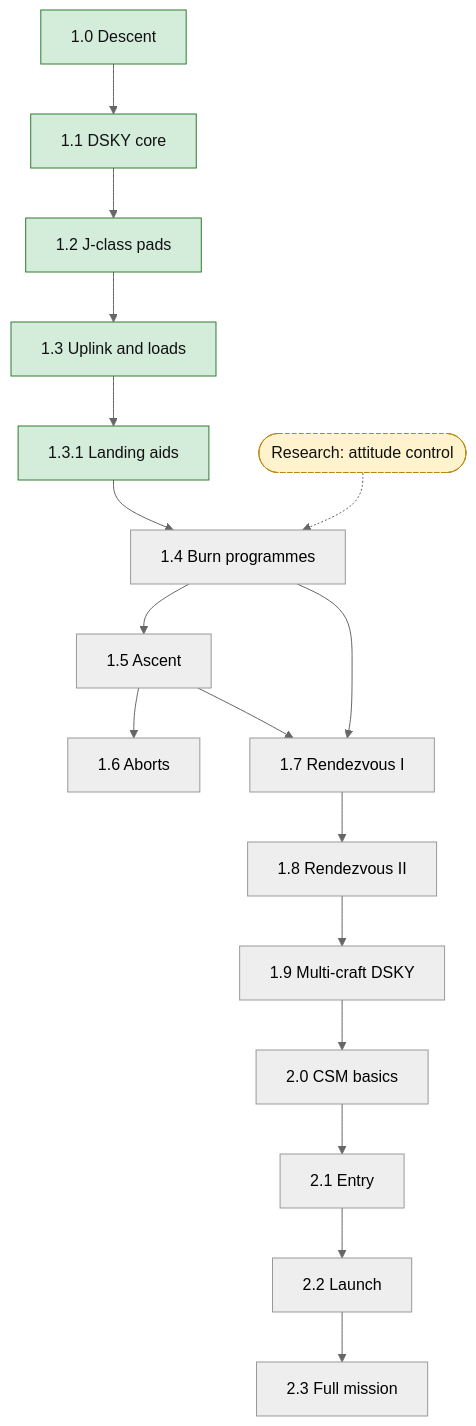
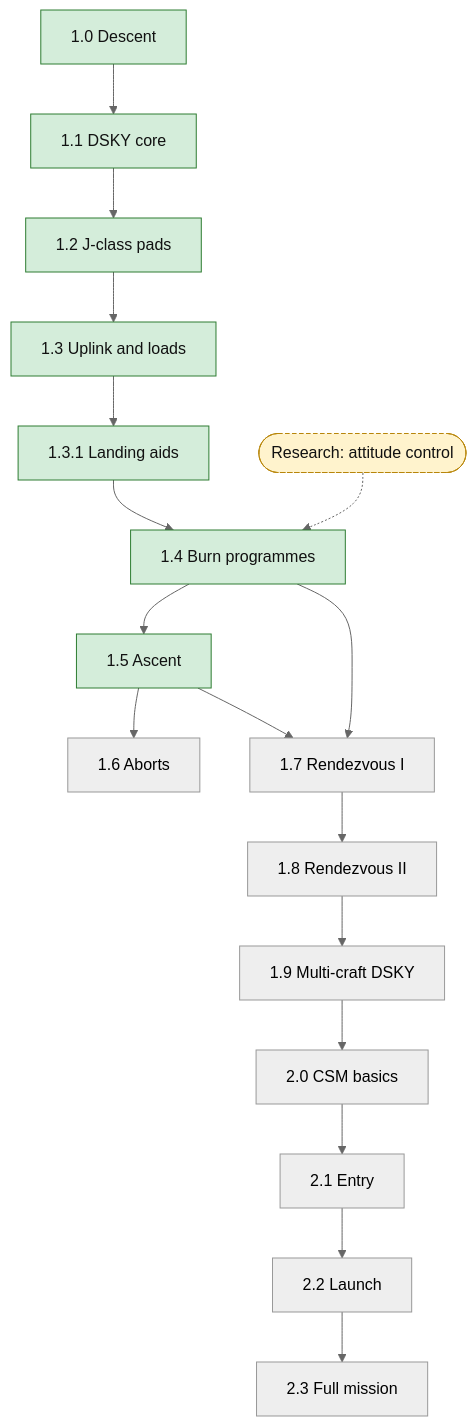
One commit to EclipticPoyo/apollo-lm-guidance-kos changed the diagram in ROADMAP.md. Above: the diagram before and after it, drawn with Mermaid (neutral theme). The commit also changed other lines of this file and 58 other files, not shown here.

````diff
--- a/ROADMAP.md
+++ b/ROADMAP.md
@@ -44,23 +44,23 @@
 ```mermaid
 flowchart TD
     v10["1.0 Descent"] --> v11["1.1 DSKY core"]
     v11 --> v12["1.2 J-class pads"]
     v12 --> v13["1.3 Uplink and loads"]
     v13 --> v131["1.3.1 Landing aids"]
     v131 --> v14["1.4 Burn programmes"]
     att(["Research: attitude control"]) -.-> v14
     v14 --> v15["1.5 Ascent"]
     v15 --> v16["1.6 Aborts"]
     v14 --> v17["1.7 Rendezvous I"]
     v15 --> v17
     v17 --> v18["1.8 Rendezvous II"]
     v18 --> v19["1.9 Multi-craft DSKY"]
     v19 --> v20["2.0 CSM basics"]
     v20 --> v21["2.1 Entry"]
     v21 --> v22["2.2 Launch"]
     v22 --> v23["2.3 Full mission"]
     classDef done fill:#d4edda,stroke:#2e7d32,color:#111111
     classDef research fill:#fff3cd,stroke:#b8860b,color:#111111,stroke-dasharray:4 3
-    class v10,v11,v12,v13,v131 done
+    class v10,v11,v12,v13,v131,v14,v15 done
     class att research
 ```
````
